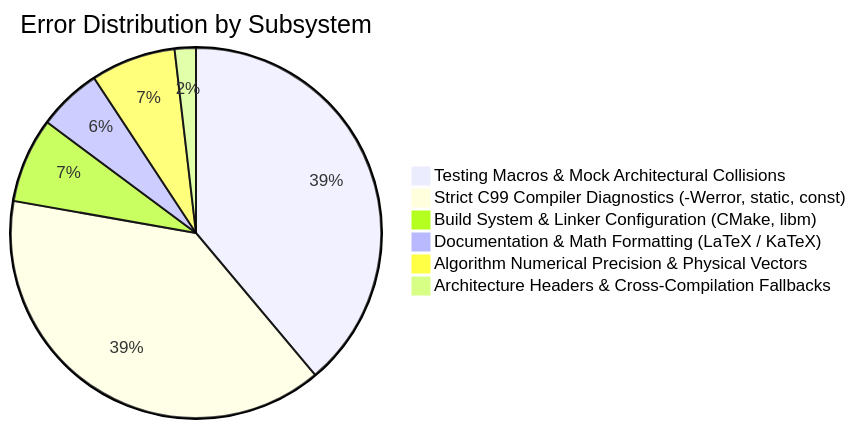
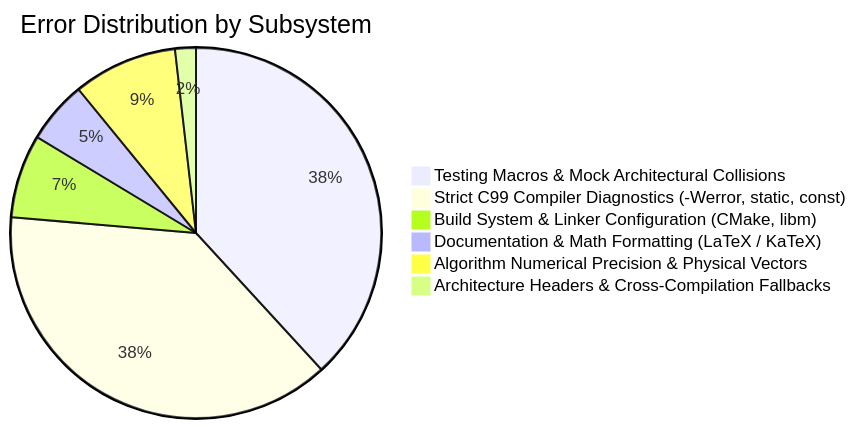
One commit to Thejus26/rain-predict changed the diagram in context/errors/README.md. Above: the diagram before and after it, drawn with Mermaid. The commit also changed other lines of this file and 2 other files, not shown here.

Commit message:
fix(test): resolve ERR-055 fog window artifact and z_index assertion in test_simulation_validation

````diff
--- a/context/errors/README.md
+++ b/context/errors/README.md
@@ -70,9 +72,9 @@
 ```mermaid
 pie title Error Distribution by Subsystem
     "Testing Macros & Mock Architectural Collisions" : 21
     "Strict C99 Compiler Diagnostics (-Werror, static, const)" : 21
     "Build System & Linker Configuration (CMake, libm)" : 4
     "Documentation & Math Formatting (LaTeX / KaTeX)" : 3
-    "Algorithm Numerical Precision & Physical Vectors" : 4
+    "Algorithm Numerical Precision & Physical Vectors" : 5
     "Architecture Headers & Cross-Compilation Fallbacks" : 1
 ```
````
